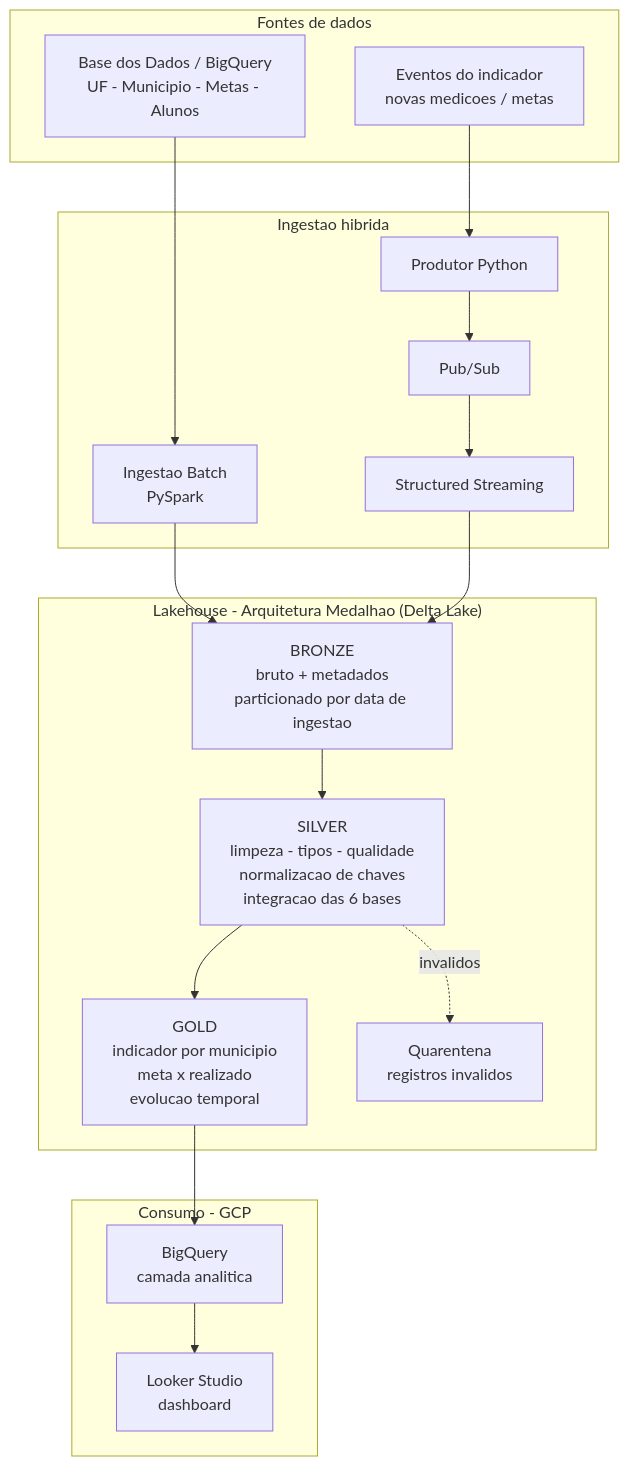
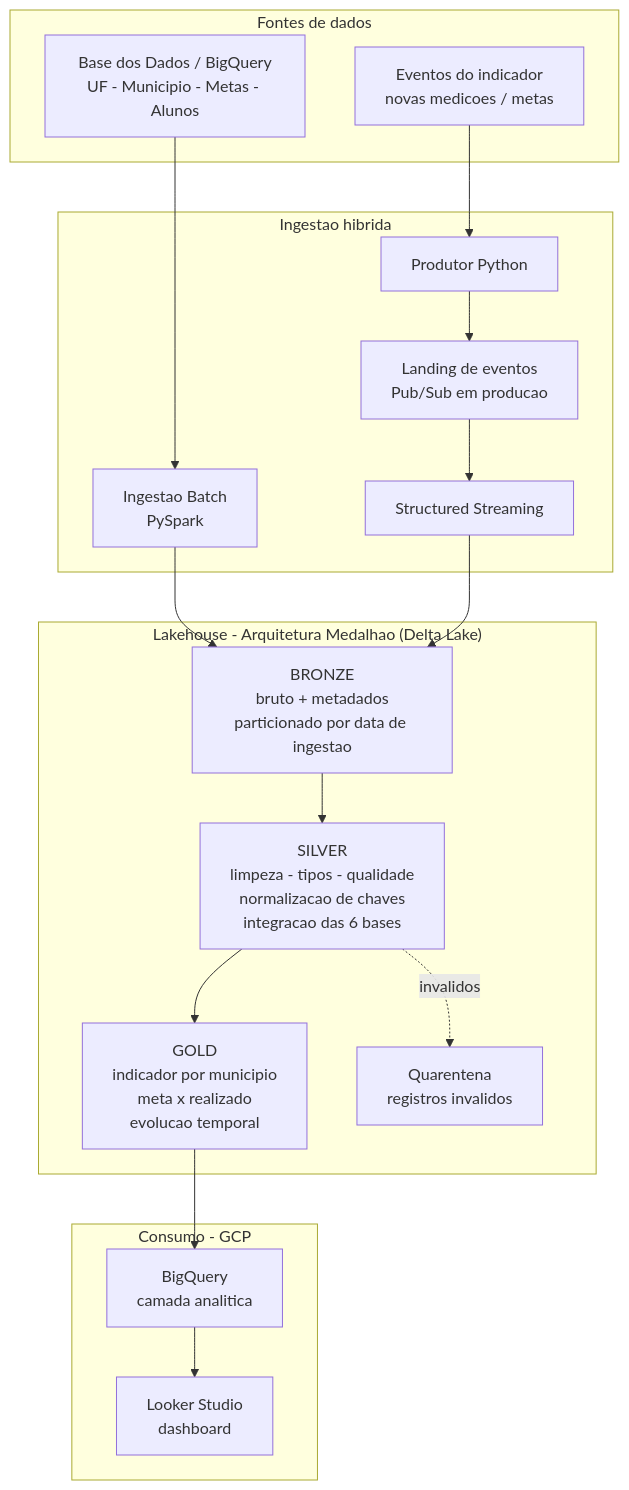
Before and after one commit to tcarvalhodiniz/tech-challenge-alfabetizacao: the diagram in docs/arquitetura.md, drawn with Mermaid. The commit also changed 1 other file, not shown here.

Commit message:
docs: descreve o streaming como landing de arquivos no Databricks (Pub/Sub em producao)

````diff
--- a/docs/arquitetura.md
+++ b/docs/arquitetura.md
@@ -11,35 +11,35 @@
 ```mermaid
 flowchart TB
     subgraph Fontes["Fontes de dados"]
         BD["Base dos Dados / BigQuery<br/>UF - Municipio - Metas - Alunos"]
         EV["Eventos do indicador<br/>novas medicoes / metas"]
     end
 
     subgraph Ingestao["Ingestao hibrida"]
         BATCH["Ingestao Batch<br/>PySpark"]
         PROD["Produtor Python"]
-        PS["Pub/Sub"]
+        PS["Landing de eventos<br/>Pub/Sub em producao"]
         STREAM["Structured Streaming"]
         PROD --> PS --> STREAM
     end
 
     subgraph Lakehouse["Lakehouse - Arquitetura Medalhao (Delta Lake)"]
         BRONZE["BRONZE<br/>bruto + metadados<br/>particionado por data de ingestao"]
         SILVER["SILVER<br/>limpeza - tipos - qualidade<br/>normalizacao de chaves<br/>integracao das 6 bases"]
         GOLD["GOLD<br/>indicador por municipio<br/>meta x realizado<br/>evolucao temporal"]
         QUAR["Quarentena<br/>registros invalidos"]
     end
 
     subgraph Consumo["Consumo - GCP"]
         BQ["BigQuery<br/>camada analitica"]
         LOOKER["Looker Studio<br/>dashboard"]
     end
 
     BD --> BATCH --> BRONZE
     EV --> PROD
     STREAM --> BRONZE
     BRONZE --> SILVER
     SILVER -. invalidos .-> QUAR
     SILVER --> GOLD
     GOLD --> BQ --> LOOKER
 ```
````
